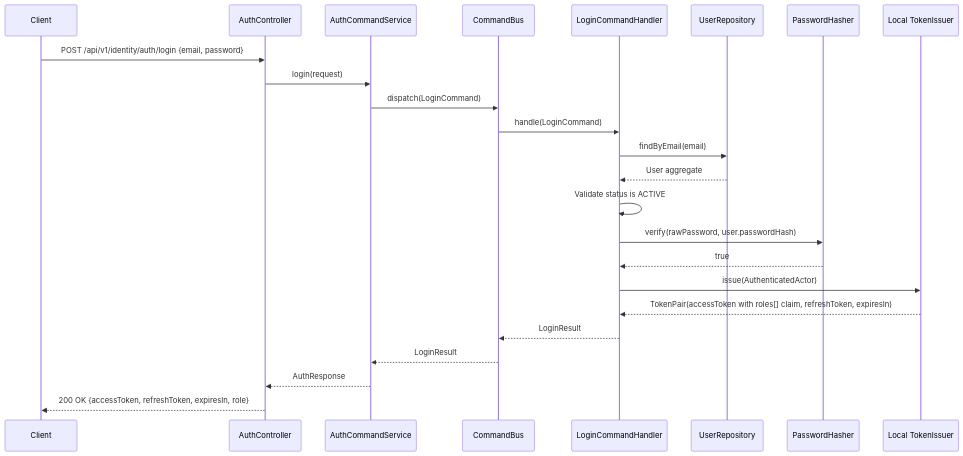
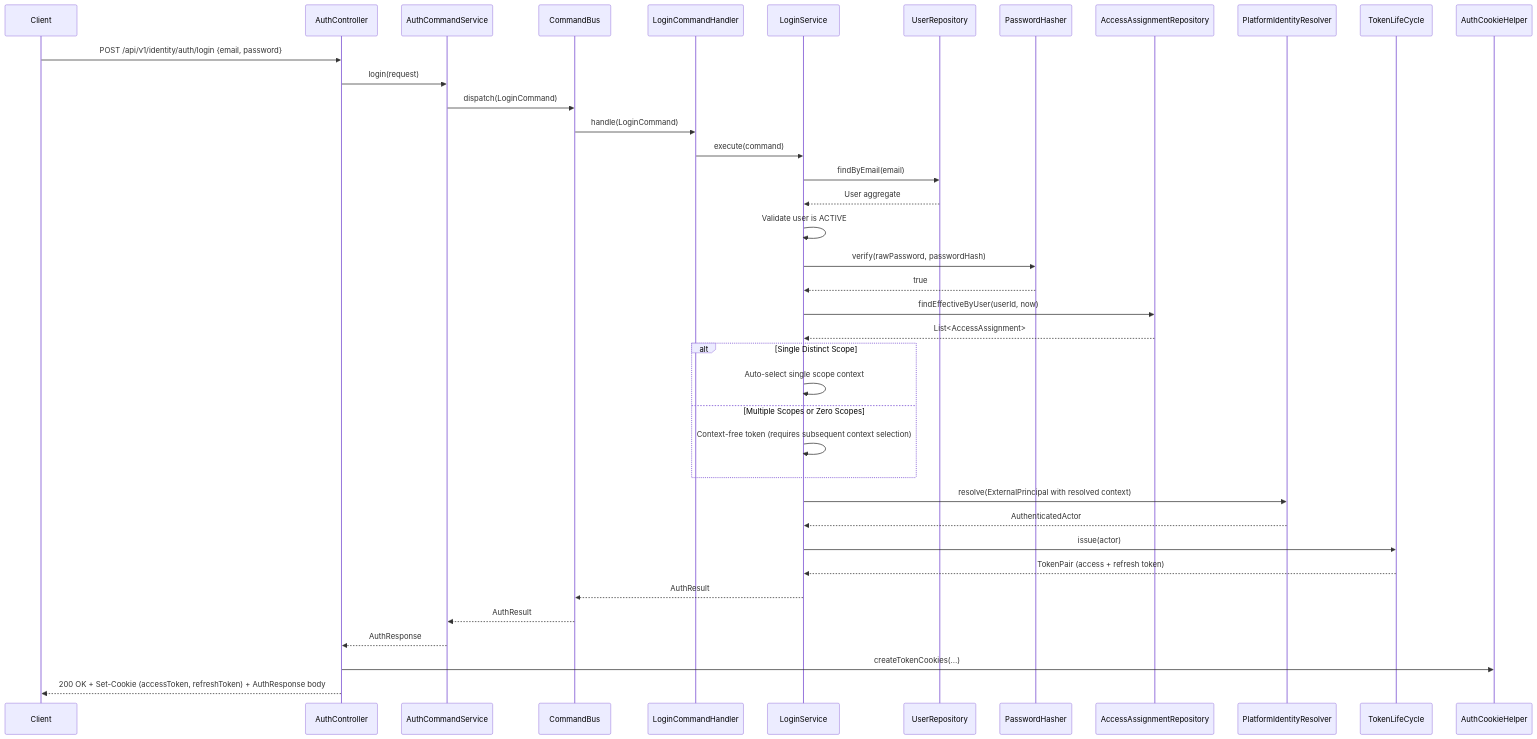
Before and after one commit to khinemyaezin/grab: the third of 7 diagrams in docs/dev/domain/identity/architecture/DGR_002-Identity_module_architecture.md, drawn with Mermaid. The commit also changed other lines of this file and 178 other files, not shown here.

````diff
--- a/docs/dev/domain/identity/architecture/DGR_002-Identity_module_architecture.md
+++ b/docs/dev/domain/identity/architecture/DGR_002-Identity_module_architecture.md
@@ -92,27 +92,45 @@
 ```mermaid
 sequenceDiagram
     participant Client
     participant AuthController
     participant CommandService as AuthCommandService
     participant Bus as CommandBus
     participant Handler as LoginCommandHandler
-    participant Repo as UserRepository
+    participant UseCase as LoginService
+    participant UserRepo as UserRepository
     participant Hasher as PasswordHasher
-    participant Issuer as Local TokenIssuer
+    participant AssignRepo as AccessAssignmentRepository
+    participant Resolver as PlatformIdentityResolver
+    participant Issuer as TokenLifeCycle
+    participant CookieHelper as AuthCookieHelper
 
     Client->>AuthController: POST /api/v1/identity/auth/login {email, password}
     AuthController->>CommandService: login(request)
     CommandService->>Bus: dispatch(LoginCommand)
     Bus->>Handler: handle(LoginCommand)
-    Handler->>Repo: findByEmail(email)
-    Repo-->>Handler: User aggregate
-    Handler->>Handler: Validate status is ACTIVE
-    Handler->>Hasher: verify(rawPassword, user.passwordHash)
-    Hasher-->>Handler: true
-    Handler->>Issuer: issue(AuthenticatedActor)
-    Issuer-->>Handler: TokenPair(accessToken with roles[] claim, refreshToken, expiresIn)
-    Handler-->>Bus: LoginResult
-    Bus-->>CommandService: LoginResult
+    Handler->>UseCase: execute(command)
+    UseCase->>UserRepo: findByEmail(email)
+    UserRepo-->>UseCase: User aggregate
+    UseCase->>UseCase: Validate user is ACTIVE
+    UseCase->>Hasher: verify(rawPassword, passwordHash)
+    Hasher-->>UseCase: true
+
+    UseCase->>AssignRepo: findEffectiveByUser(userId, now)
+    AssignRepo-->>UseCase: List<AccessAssignment>
+
+    alt Single Distinct Scope
+        UseCase->>UseCase: Auto-select single scope context
+    else Multiple Scopes or Zero Scopes
+        UseCase->>UseCase: Context-free token (requires subsequent context selection)
+    end
+
+    UseCase->>Resolver: resolve(ExternalPrincipal with resolved context)
+    Resolver-->>UseCase: AuthenticatedActor
+    UseCase->>Issuer: issue(actor)
+    Issuer-->>UseCase: TokenPair (access + refresh token)
+    UseCase-->>Bus: AuthResult
+    Bus-->>CommandService: AuthResult
     CommandService-->>AuthController: AuthResponse
-    AuthController-->>Client: 200 OK {accessToken, refreshToken, expiresIn, role}
+    AuthController->>CookieHelper: createTokenCookies(...)
+    AuthController-->>Client: 200 OK + Set-Cookie (accessToken, refreshToken) + AuthResponse body
 ```
````
